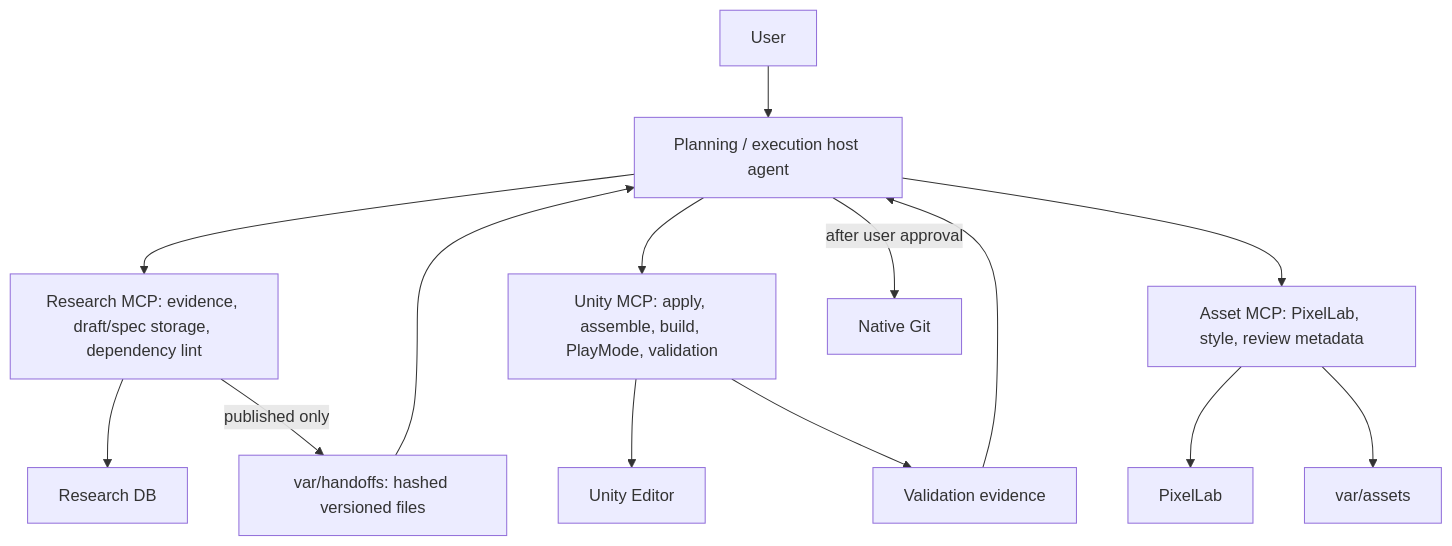
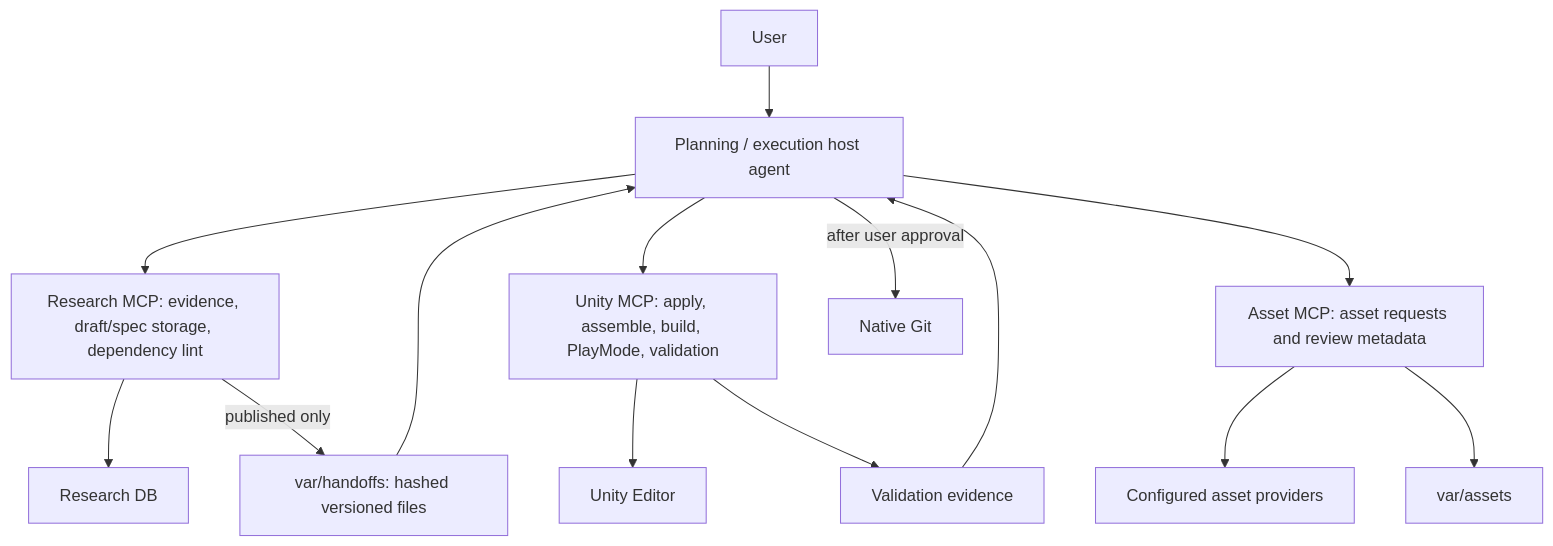
The diagram in docs/architecture.md (JugleGame/Game-Develop-Orchestration), drawn with Mermaid before and after one commit. The commit also changed other lines of this file and 4 other files, not shown here.

````diff
--- a/docs/architecture.md
+++ b/docs/architecture.md
@@ -8,14 +8,14 @@
 ```mermaid
 flowchart TB
     U["User"] --> H["Planning / execution host agent"]
     H --> R["Research MCP: evidence, draft/spec storage, dependency lint"]
     H --> N["Unity MCP: apply, assemble, build, PlayMode, validation"]
-    H --> A["Asset MCP: PixelLab, style, review metadata"]
+    H --> A["Asset MCP: asset requests and review metadata"]
     R --> DB["Research DB"]
     R -->|"published only"| HO["var/handoffs: hashed versioned files"] --> H
     N --> UE["Unity Editor"]
-    A --> PX["PixelLab"]
+    A --> PX["Configured asset providers"]
     A --> V["var/assets"]
     N --> E["Validation evidence"] --> H
     H -->|"after user approval"| G["Native Git"]
 ```
````
